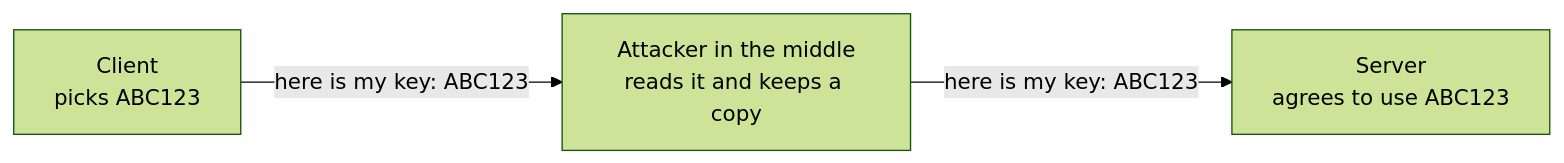
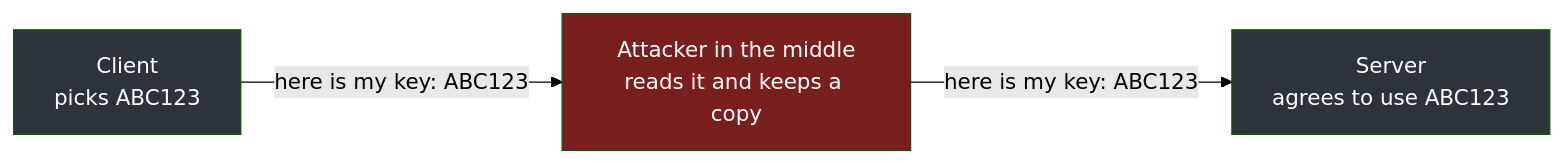
One commit to Dummy-Bug/system-design-handbook changed the third of 4 diagrams in Devops/04-Networking/09-Symmetric-And-Asymmetric-Keys.md. Above: the diagram before and after it, drawn with Mermaid (forest theme). The commit also changed other lines of this file and 53 other files, not shown here.

````diff
--- a/Devops/04-Networking/09-Symmetric-And-Asymmetric-Keys.md
+++ b/Devops/04-Networking/09-Symmetric-And-Asymmetric-Keys.md
@@ -100,5 +106,8 @@
 ```mermaid
 flowchart LR
     C["Client<br/>picks ABC123"] -->|"here is my key: ABC123"| H["Attacker in the middle<br/>reads it and keeps a copy"]
     H -->|"here is my key: ABC123"| S["Server<br/>agrees to use ABC123"]
+    style C fill:#2d333b,color:#fff
+    style H fill:#7a1f1f,color:#fff
+    style S fill:#2d333b,color:#fff
 ```
````
